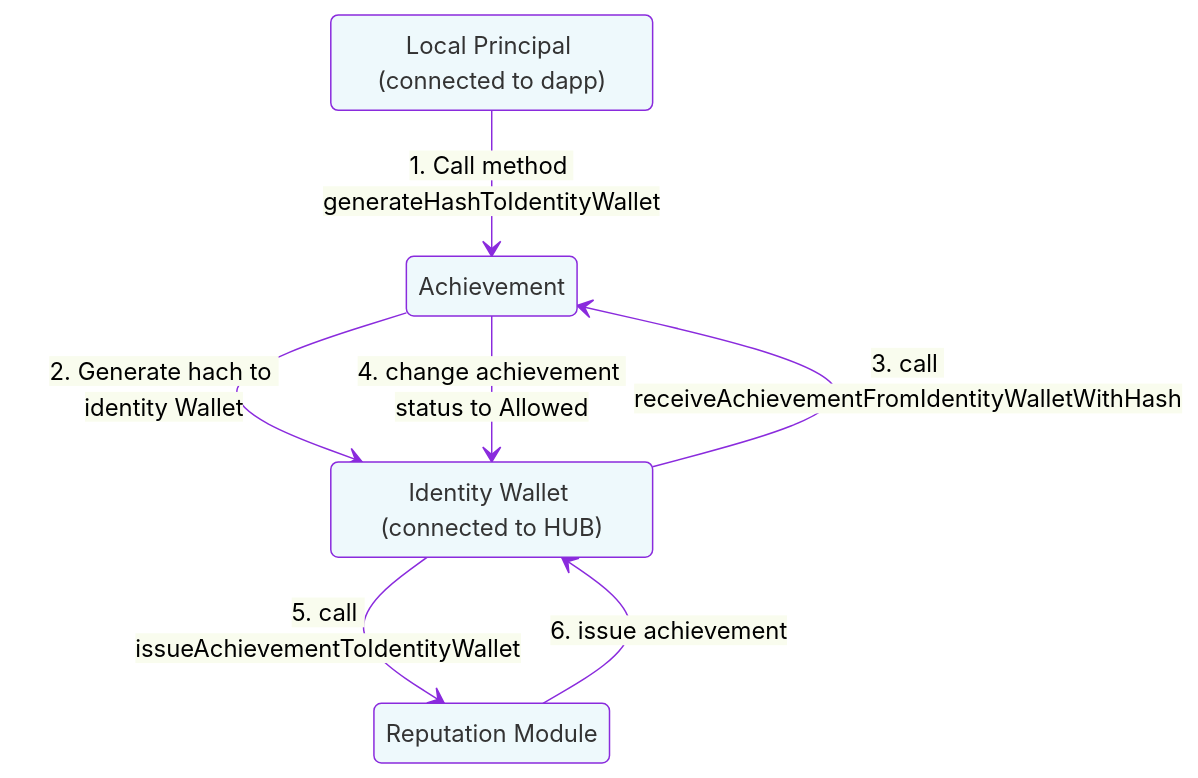
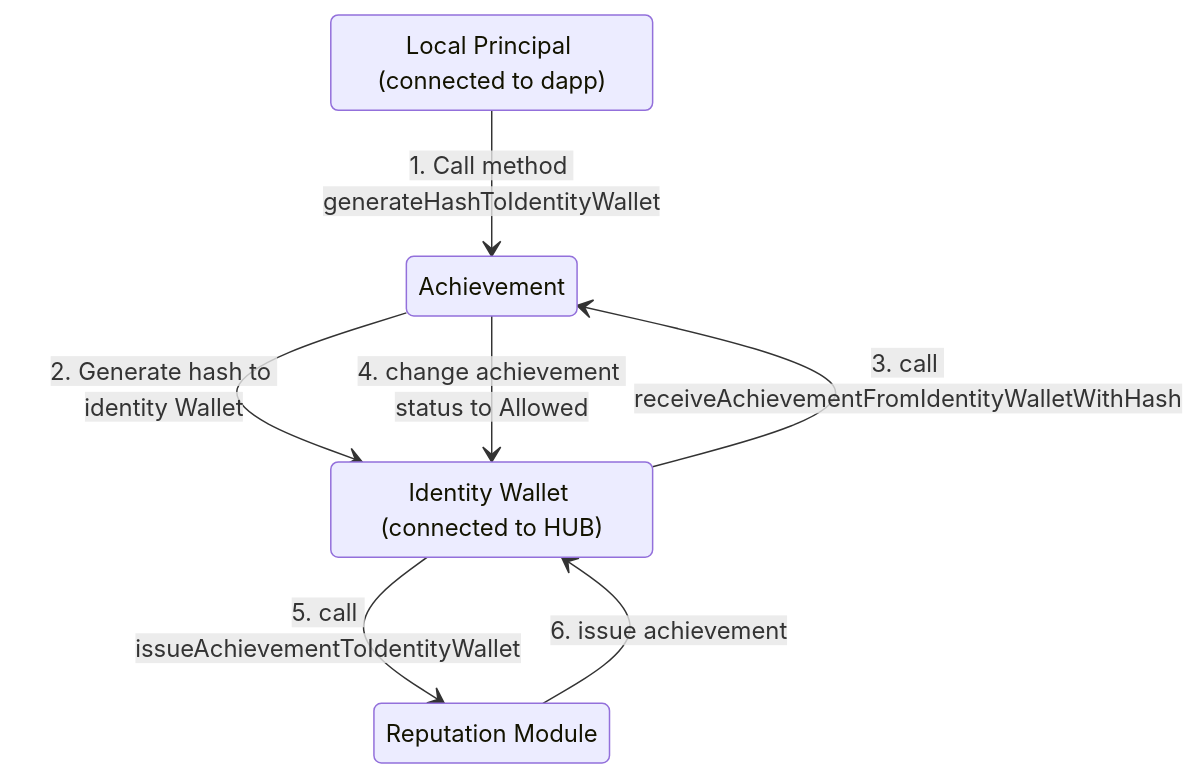
Before and after one commit to relinkd/public-achievements: the first of 2 diagrams in README.md, drawn with Mermaid.

````diff
--- a/README.md
+++ b/README.md
@@ -87,32 +87,21 @@
 ```mermaid
 
 
 
-%%{init: {
-  'theme': 'base',
-  'themeVariables': {
-    'primaryColor': '#EEF9FC',
-    'darkMode': false,    
-    'primaryBorderColor': '#8A2BDD',
-    'lineColor': '#8A2BDD',
-    'textColor': 'black',
-    'arrowheadColor': '#8A2BDD'
-  }
-}}%%
 stateDiagram-v2
     state "Local Principal (connected to dapp)" as A1 
     state "Reputation Module" as D1
     state "Identity Wallet (connected to HUB)" as C1
     state "Achievement" as B1
     
     A1 --> B1 : 1. Call method generateHashToIdentityWallet
-    B1 --> C1 : 2. Generate hach to identity Wallet
+    B1 --> C1 : 2. Generate hash to identity Wallet
     C1 --> B1 : 3. call receiveAchievementFromIdentityWalletWithHash
     B1 --> C1 : 4. change achievement status to Allowed
     C1 --> D1 : 5. call issueAchievementToIdentityWallet
     D1 --> C1 : 6. issue achievement
 
 
 
 
 ```
````
